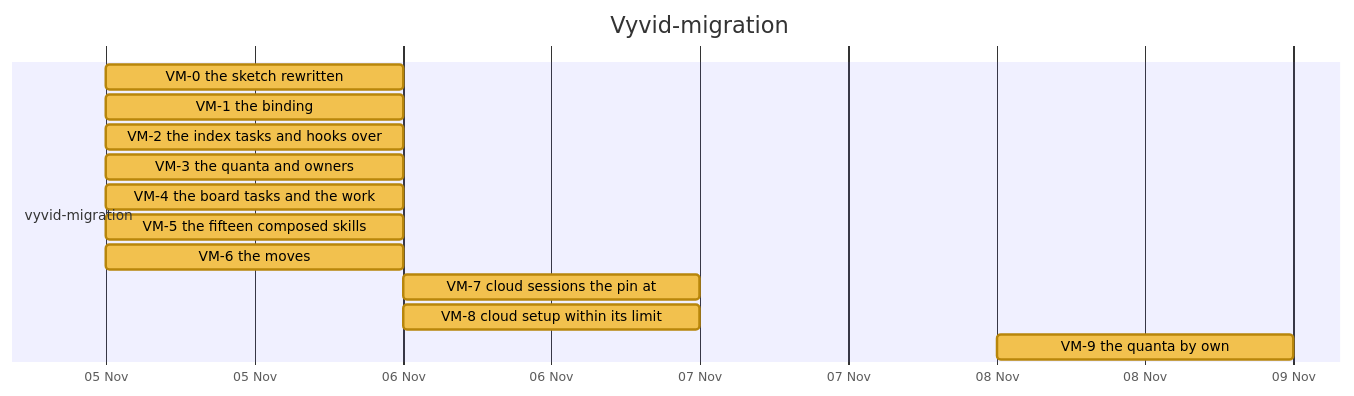
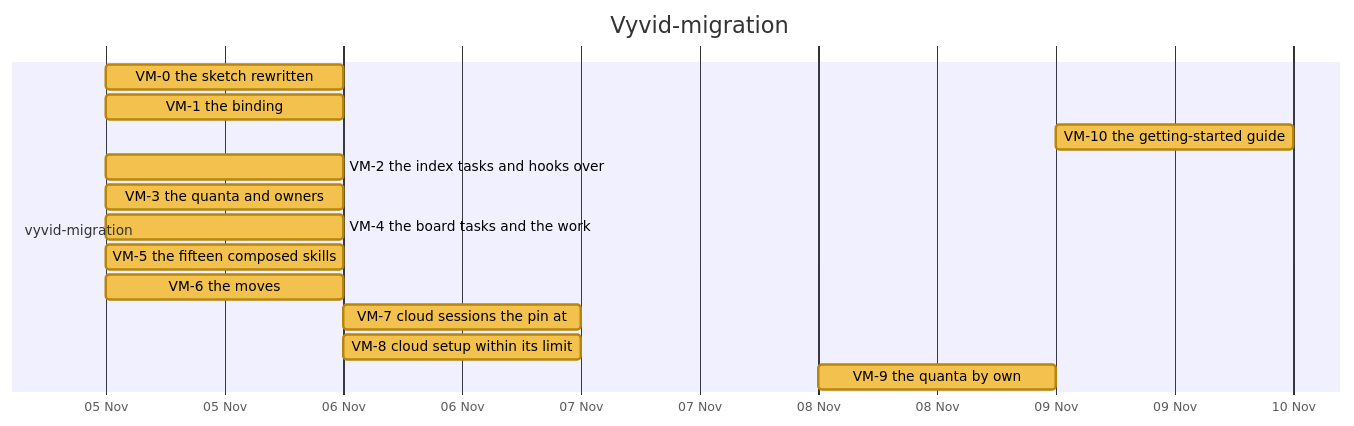
Diagram 16 of 30 in docs/developer/ROADMAP.md (nebularis/lattice), drawn with Mermaid before and after one commit. The commit also changed other lines of this file and 7 other files, not shown here.

First line of the commit message:
[vyvid] The getting-started guide names the local setup of Вивід, and AGENTS.md says what an agent does (VM-10, TD-163)

````diff
--- a/docs/developer/ROADMAP.md
+++ b/docs/developer/ROADMAP.md
@@ -460,18 +460,19 @@
 ```mermaid
 %%{init: {"themeVariables": {"taskBkgColor": "#f2c14e", "taskBorderColor": "#b8860b", "taskTextColor": "#000000", "activeTaskBkgColor": "#4e9af1", "activeTaskBorderColor": "#1f5fbf", "activeTaskBorderColor": "#1f5fbf", "doneTaskBkgColor": "#8fcf8f", "doneTaskBorderColor": "#2f7d32", "critBkgColor": "#f28b82", "critBorderColor": "#b23a30", "taskTextDarkColor": "#000000", "taskTextLightColor": "#000000"}}}%%
 gantt
     title Vyvid-migration
     dateFormat YYYY-MM-DD
     axisFormat %d %b
     section vyvid-migration
     VM-0 the sketch rewritten :vm0, 2026-11-05, 2026-11-06
     VM-1 the binding :vm1, 2026-11-05, 2026-11-06
+    VM-10 the getting-started guide :vm10, 2026-11-09, 2026-11-10
     VM-2 the index tasks and hooks over :vm2, 2026-11-05, 2026-11-06
     VM-3 the quanta and owners :vm3, 2026-11-05, 2026-11-06
     VM-4 the board tasks and the work :vm4, 2026-11-05, 2026-11-06
     VM-5 the fifteen composed skills :vm5, 2026-11-05, 2026-11-06
     VM-6 the moves :vm6, 2026-11-05, 2026-11-06
     VM-7 cloud sessions the pin at :vm7, 2026-11-06, 2026-11-07
     VM-8 cloud setup within its limit :vm8, 2026-11-06, 2026-11-07
     VM-9 the quanta by own :vm9, 2026-11-08, 2026-11-09
 ```
````
